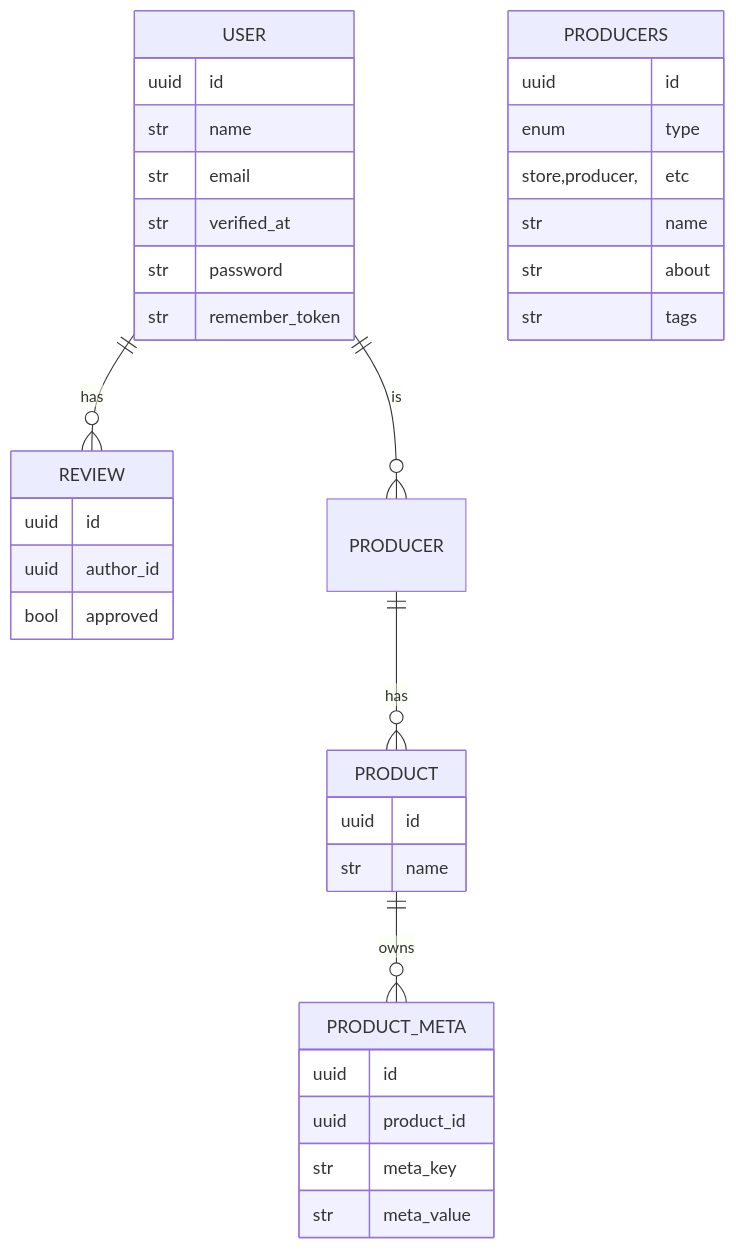
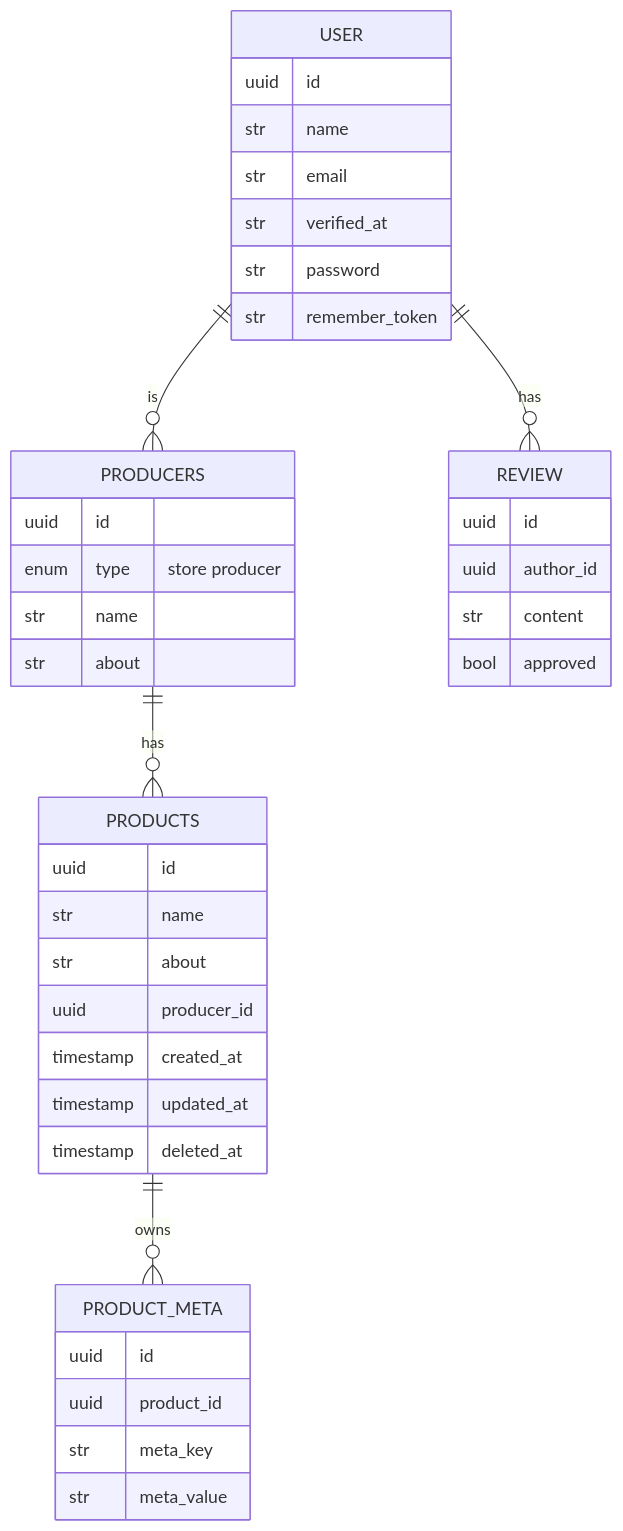
The diagram in backend/README.md (cvanh/wiri), drawn with Mermaid before and after one commit.

Commit message:
updated erd diagrams in backend readme

````diff
--- a/backend/README.md
+++ b/backend/README.md
@@ -19,40 +19,44 @@
 ```mermaid
 erDiagram
     USER {
         uuid id 
         str name
         str email
         str verified_at
         str password
         str remember_token
     }
     PRODUCERS { 
         uuid id 
-        enum type store,producer, etc
+        enum type "store producer"
         str name
         str about
-        str tags
     }
-    PRODUCT {
+    PRODUCTS {
         uuid id
         str name
-
+        str about
+        uuid producer_id 
+        timestamp created_at
+        timestamp updated_at
+        timestamp deleted_at
     }
     PRODUCT_META {
         uuid id
         uuid product_id
         str meta_key
         str meta_value
     }
 
     REVIEW {
         uuid id 
         uuid author_id 
+        str content
         bool approved
     }
 
-    USER||--o{PRODUCER : "is"
+    USER||--o{PRODUCERS : "is"
     USER||--o{REVIEW: "has"
-    PRODUCER||--o{PRODUCT: "has"
-    PRODUCT||--o{PRODUCT_META: "owns"
+    PRODUCERS||--o{PRODUCTS: "has"
+    PRODUCTS||--o{PRODUCT_META: "owns"
 ```
````
